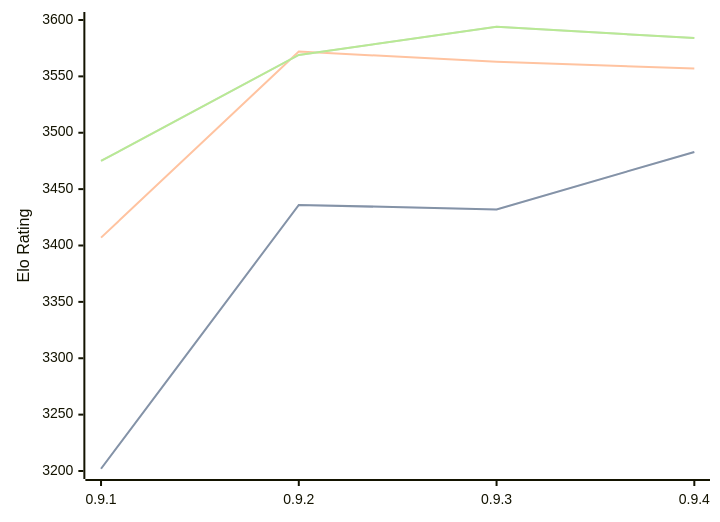
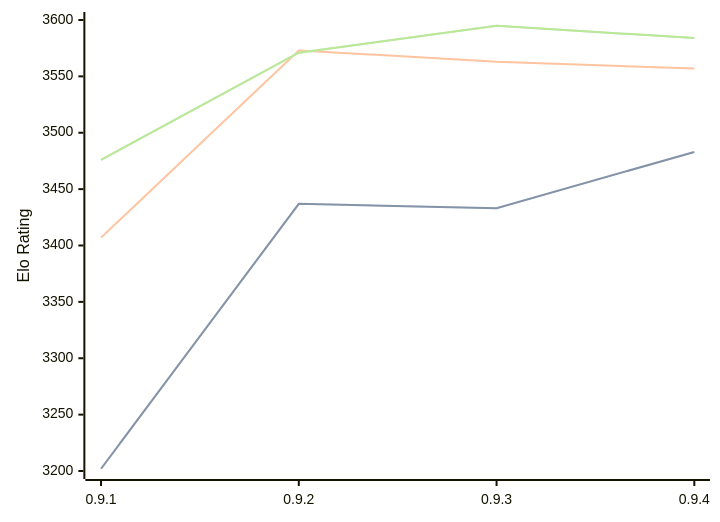
The diagram in engines/Coda.md (computer-chess-index/cci), drawn with Mermaid before and after one commit. The commit also changed other lines of this file, not shown here.

Commit message:
Update CCI Ratings (ELO VLTC) - 2026-09-08

````diff
--- a/engines/Coda.md
+++ b/engines/Coda.md
@@ -34,11 +34,11 @@
 ```mermaid
 %%{init: {"theme":"base","themeVariables":{"seriesColors:['#a3a3a3','#222221','#faa371']}}}%%
 xychart-beta
   x-axis ["0.9.1", "0.9.2", "0.9.3", "0.9.4"]
   y-axis "Elo Rating" 3200 --> 3600
-  line "" [3202, 3436, 3432, 3483]
-  line "STC (8.0+0.08s)" [3202, 3436, 3432, 3483]
-  line "LTC (60.0+0.60s)" [3407, 3572, 3563, 3557]
-  line "" [3475, 3569, 3594, 3584]
-  line "VLTC (2m24s+1.12s)" [3475, 3569, 3594, 3584]
+  line "" [3202, 3437, 3433, 3483]
+  line "STC (8.0+0.08s)" [3202, 3437, 3433, 3483]
+  line "LTC (60.0+0.60s)" [3407, 3573, 3563, 3557]
+  line "" [3476, 3571, 3595, 3584]
+  line "VLTC (2m24s+1.12s)" [3476, 3571, 3595, 3584]
 ```
````
